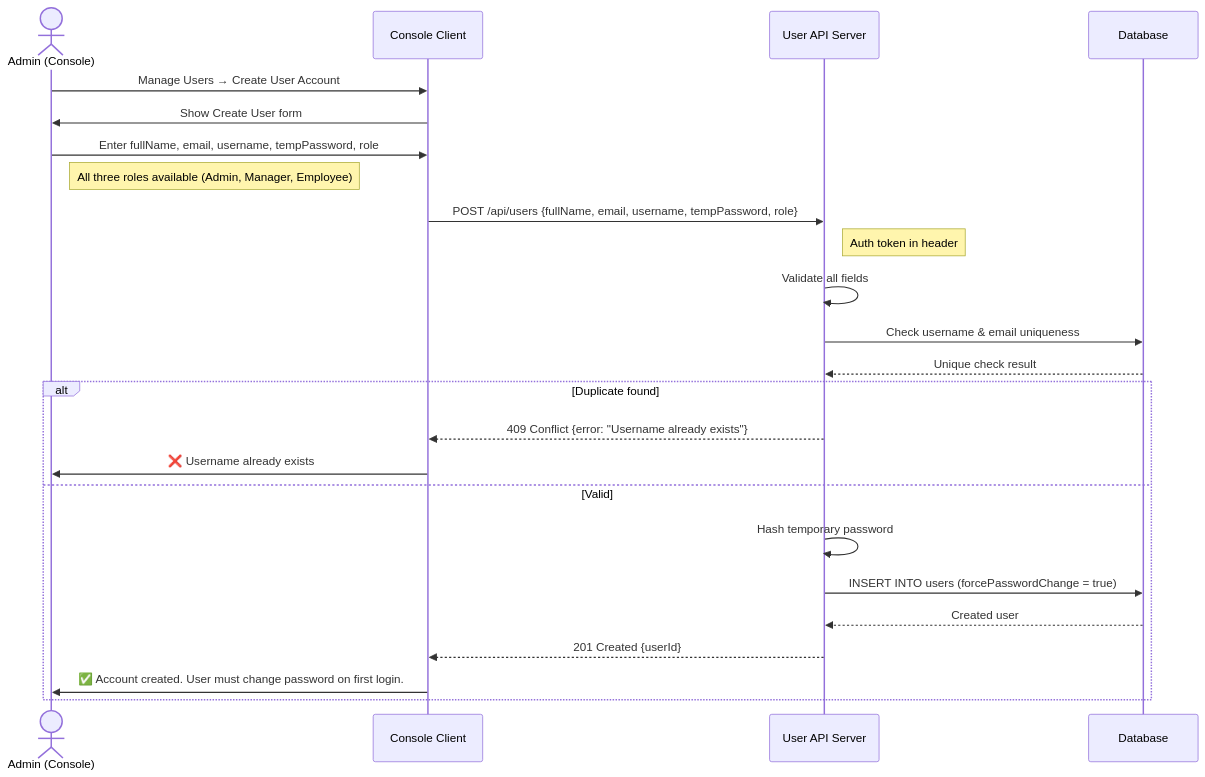
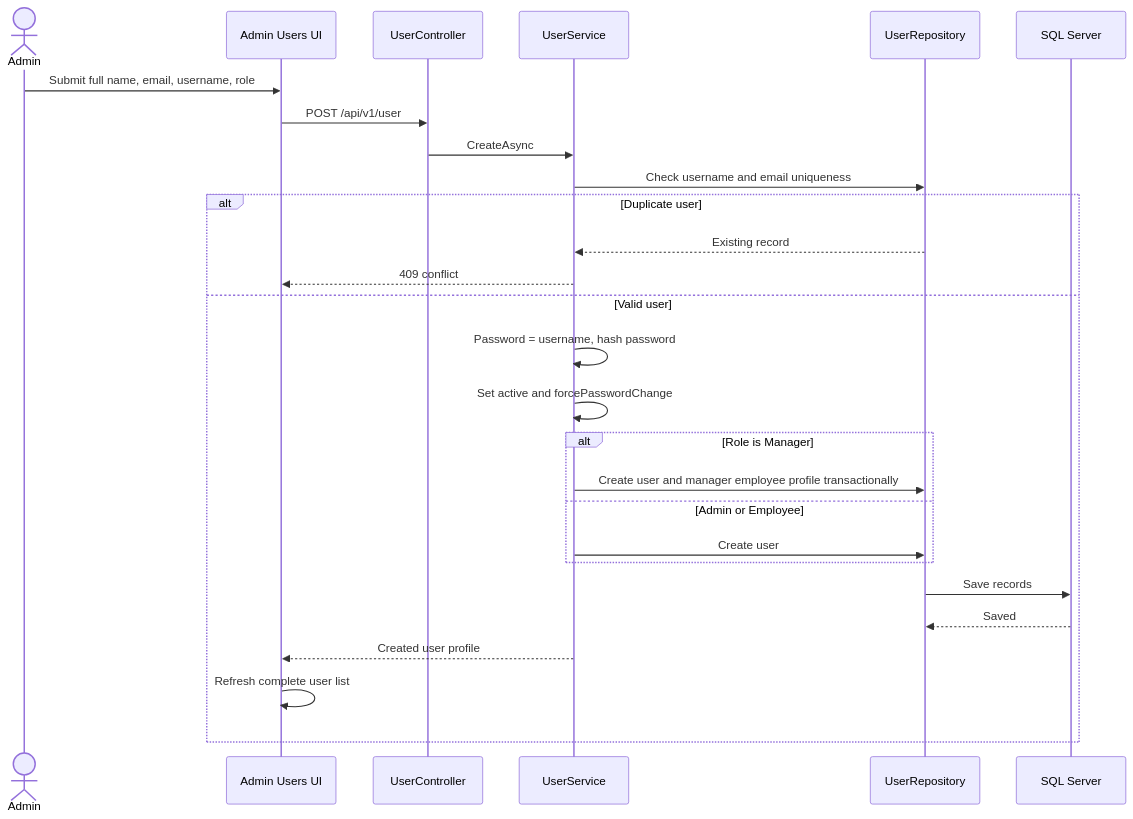
One commit to AayushGargITT/AayushGarg-LearnCode-2025-26 changed the ninth of 17 diagrams in ResourceMindAi/readme.md. Above: the diagram before and after it, drawn with Mermaid. The commit also changed other lines of this file, not shown here.

Commit message:
docs(readme): update architecture and diagrams to reflect latest PRM workflows

````diff
--- a/ResourceMindAi/readme.md
+++ b/ResourceMindAi/readme.md
@@ -570,31 +483,31 @@
 ```mermaid
 sequenceDiagram
-    actor A as Admin (Console)
-    participant C as Console Client
-    participant S as User API Server
-    participant DB as Database
+    actor Admin
+    participant UI as Admin Users UI
+    participant API as UserController
+    participant Service as UserService
+    participant Repo as UserRepository
+    participant DB as SQL Server
 
-    A->>C: Manage Users → Create User Account
-    C->>A: Show Create User form
+    Admin->>UI: Submit full name, email, username, role
+    UI->>API: POST /api/v1/user
+    API->>Service: CreateAsync
+    Service->>Repo: Check username and email uniqueness
 
-    A->>C: Enter fullName, email, username, tempPassword, role
-    Note right of A: All three roles available (Admin, Manager, Employee)
-
-    C->>S: POST /api/users {fullName, email, username, tempPassword, role}
-    Note right of S: Auth token in header
-
-    S->>S: Validate all fields
-    S->>DB: Check username & email uniqueness
-    DB-->>S: Unique check result
-
-    alt Duplicate found
-        S-->>C: 409 Conflict {error: "Username already exists"}
-        C->>A: ❌ Username already exists
-    else Valid
-        S->>S: Hash temporary password
-        S->>DB: INSERT INTO users (forcePasswordChange = true)
-        DB-->>S: Created user
-        S-->>C: 201 Created {userId}
-        C->>A: ✅ Account created. User must change password on first login.
+    alt Duplicate user
+        Repo-->>Service: Existing record
+        Service-->>UI: 409 conflict
+    else Valid user
+        Service->>Service: Password = username, hash password
+        Service->>Service: Set active and forcePasswordChange
+        alt Role is Manager
+            Service->>Repo: Create user and manager employee profile transactionally
+        else Admin or Employee
+            Service->>Repo: Create user
+        end
+        Repo->>DB: Save records
+        DB-->>Repo: Saved
+        Service-->>UI: Created user profile
+        UI->>UI: Refresh complete user list
     end
 ```
````
